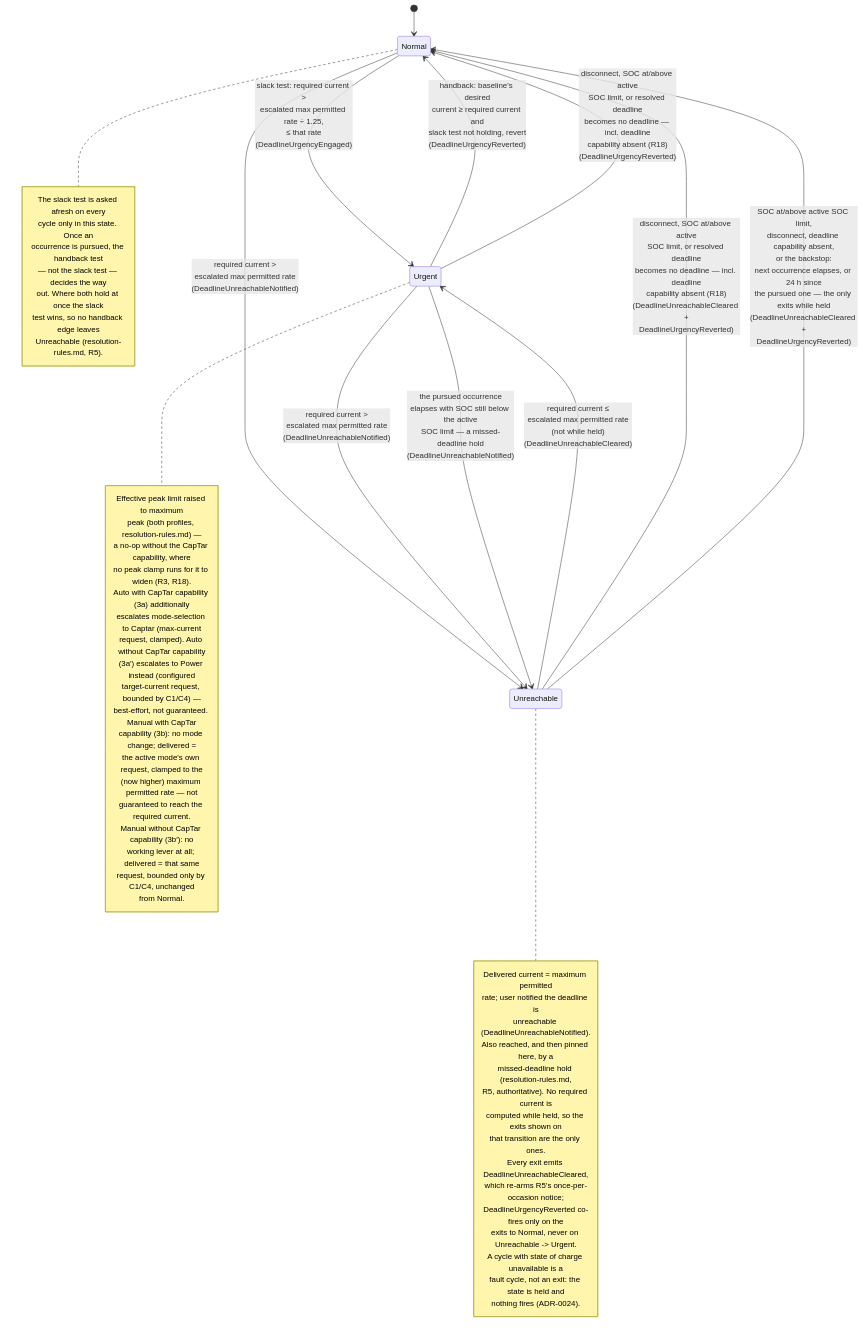
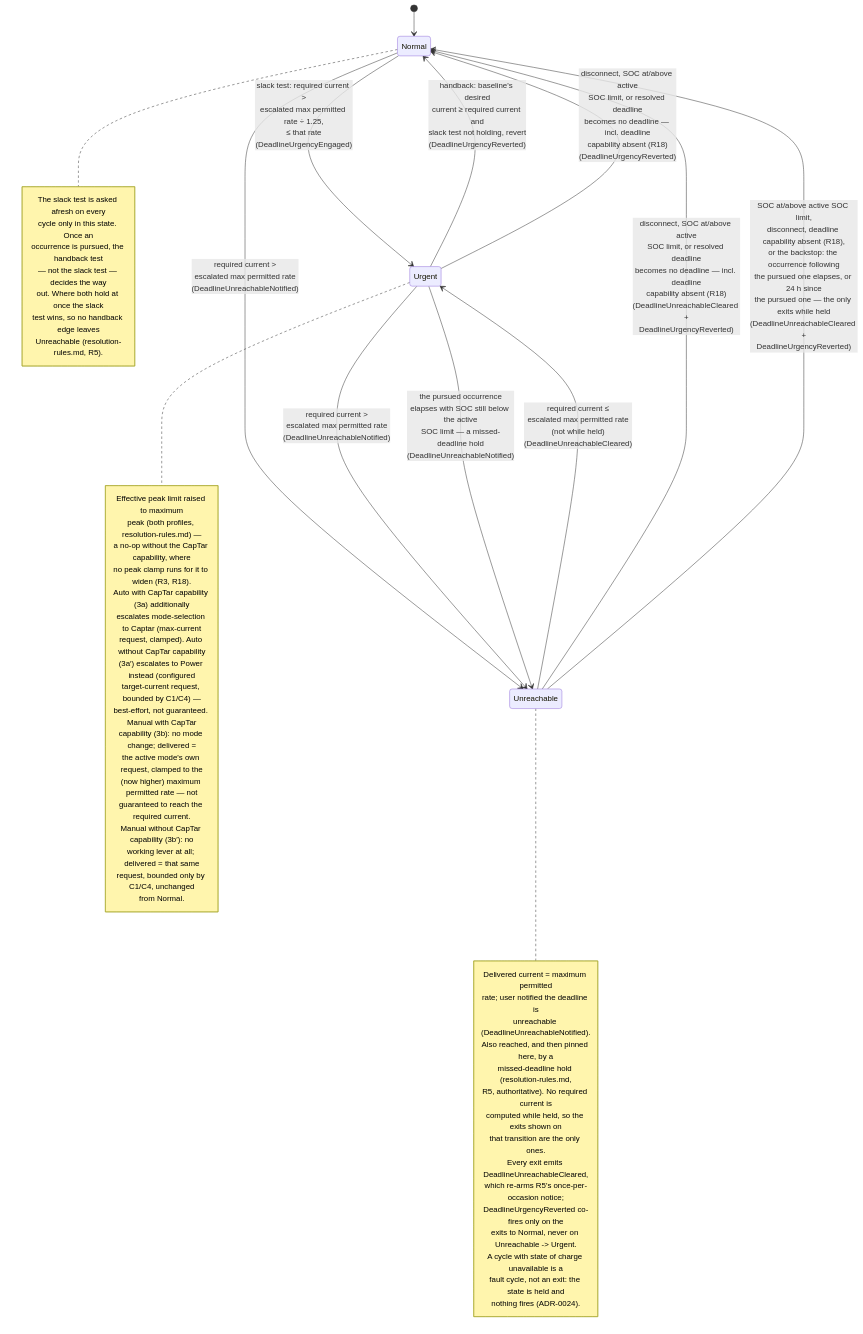
The diagram in docs/analysis/use-cases/UC05-guarantee-ready-by-departure.md (kristofdegrave/homeassistant-smart-charging), drawn with Mermaid before and after one commit. The commit also changed 2 other files, not shown here.

First paragraph of the commit message:
docs: record R5's carve-outs, its smoothed baseline, and drop flag vocabulary (#1162)
* docs: record R5's carve-outs, its smoothed baseline, and drop flag vocabulary

````diff
--- a/docs/analysis/use-cases/UC05-guarantee-ready-by-departure.md
+++ b/docs/analysis/use-cases/UC05-guarantee-ready-by-departure.md
@@ -111,59 +111,59 @@
 ```mermaid
 stateDiagram-v2
     [*] --> Normal
     Normal --> Urgent: slack test: required current ><br/>escalated max permitted rate ÷ 1.25,<br/>≤ that rate<br/>(DeadlineUrgencyEngaged)
     Normal --> Unreachable: required current ><br/>escalated max permitted rate<br/>(DeadlineUnreachableNotified)
     Urgent --> Normal: handback: baseline's desired<br/>current ≥ required current and<br/>slack test not holding, revert<br/>(DeadlineUrgencyReverted)
     Urgent --> Unreachable: required current ><br/>escalated max permitted rate<br/>(DeadlineUnreachableNotified)
     Urgent --> Unreachable: the pursued occurrence<br/>elapses with SOC still below the active<br/>SOC limit — a missed-deadline hold<br/>(DeadlineUnreachableNotified)
     Urgent --> Normal: disconnect, SOC at/above active<br/>SOC limit, or resolved deadline<br/>becomes no deadline — incl. deadline<br/>capability absent (R18)<br/>(DeadlineUrgencyReverted)
     Unreachable --> Urgent: required current ≤<br/>escalated max permitted rate<br/>(not while held)<br/>(DeadlineUnreachableCleared)
     Unreachable --> Normal: disconnect, SOC at/above active<br/>SOC limit, or resolved deadline<br/>becomes no deadline — incl. deadline<br/>capability absent (R18)<br/>(DeadlineUnreachableCleared +<br/>DeadlineUrgencyReverted)
-    Unreachable --> Normal: SOC at/above active SOC limit,<br/>disconnect, deadline capability absent,<br/>or the backstop:<br/>next occurrence elapses, or 24 h since<br/>the pursued one — the only exits while held<br/>(DeadlineUnreachableCleared +<br/>DeadlineUrgencyReverted)
+    Unreachable --> Normal: SOC at/above active SOC limit,<br/>disconnect, deadline capability absent (R18),<br/>or the backstop: the occurrence following<br/>the pursued one elapses, or 24 h since<br/>the pursued one — the only exits while held<br/>(DeadlineUnreachableCleared +<br/>DeadlineUrgencyReverted)
     note right of Normal
         The slack test is asked afresh on every
         cycle only in this state. Once an
         occurrence is pursued, the handback test
         — not the slack test — decides the way
         out. Where both hold at once the slack
         test wins, so no handback edge leaves
         Unreachable (resolution-rules.md, R5).
     end note
     note right of Urgent
         Effective peak limit raised to maximum
         peak (both profiles, resolution-rules.md) —
         a no-op without the CapTar capability, where
         no peak clamp runs for it to widen (R3, R18).
         Auto with CapTar capability (3a) additionally
         escalates mode-selection to Captar (max-current
         request, clamped). Auto without CapTar capability
         (3a′) escalates to Power instead (configured
         target-current request, bounded by C1/C4) —
         best-effort, not guaranteed. Manual with CapTar
         capability (3b): no mode change; delivered =
         the active mode's own request, clamped to the
         (now higher) maximum permitted rate — not
         guaranteed to reach the required current.
         Manual without CapTar capability (3b′): no
         working lever at all; delivered = that same
         request, bounded only by C1/C4, unchanged
         from Normal.
     end note
     note right of Unreachable
         Delivered current = maximum permitted
         rate; user notified the deadline is
         unreachable (DeadlineUnreachableNotified).
         Also reached, and then pinned here, by a
         missed-deadline hold (resolution-rules.md,
         R5, authoritative). No required current is
         computed while held, so the exits shown on
         that transition are the only ones.
         Every exit emits DeadlineUnreachableCleared,
         which re-arms R5's once-per-occasion notice;
         DeadlineUrgencyReverted co-fires only on the
         exits to Normal, never on Unreachable -> Urgent.
         A cycle with state of charge unavailable is a
         fault cycle, not an exit: the state is held and
         nothing fires (ADR-0024).
     end note
 ```
````
